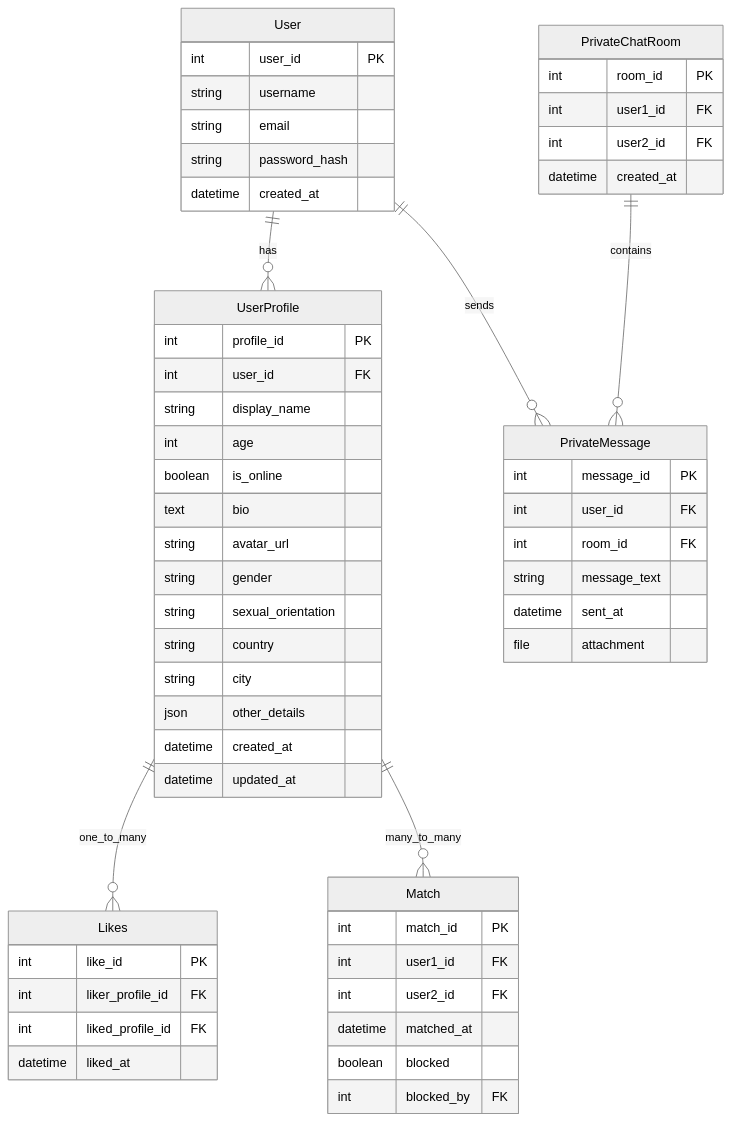
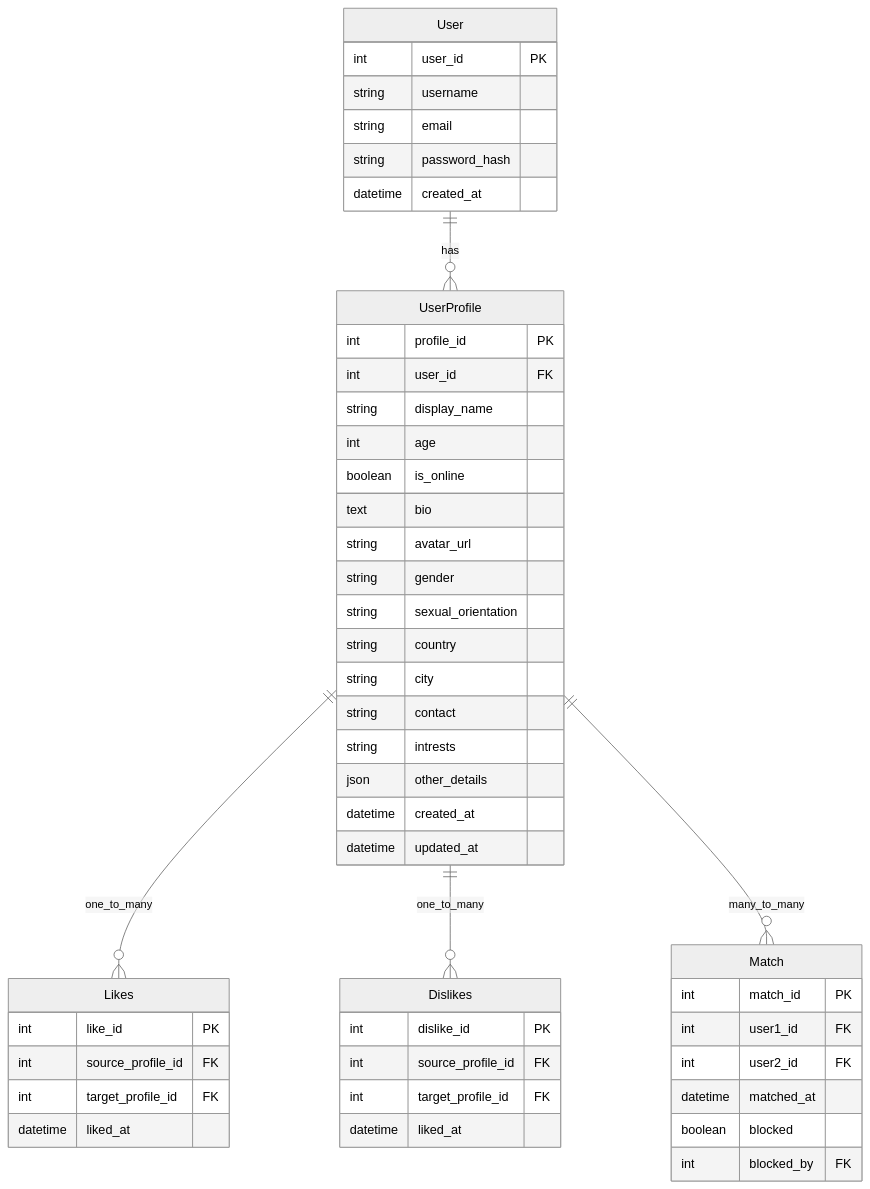
Before and after one commit to dimitri-edel/team-5: the diagram in README.md, drawn with Mermaid (neutral theme). The commit also changed other lines of this file and 49 other files, not shown here.

````diff
--- a/README.md
+++ b/README.md
@@ -60,62 +63,56 @@
 ```mermaid
 erDiagram
     User {
         int user_id PK
         string username
         string email
         string password_hash
         datetime created_at
     }
     UserProfile {
         int profile_id PK
         int user_id FK
         string display_name
         int age
         boolean is_online
         text bio
         string avatar_url
         string gender
         string sexual_orientation
         string country
         string city
+        string contact
+        string intrests
         json other_details
         datetime created_at
         datetime updated_at
     }
-    PrivateChatRoom {
-        int room_id PK
-        int user1_id FK
-        int user2_id FK
-        datetime created_at
-    }    
-    PrivateMessage {
-        int message_id PK
-        int user_id FK
-        int room_id FK
-        string message_text
-        datetime sent_at
-        file attachment 
-    }   
     Match {
         int match_id PK
         int user1_id FK
         int user2_id FK
         datetime matched_at
         boolean blocked
         int blocked_by FK
     }
     %% blocked_by: user_id of the user who initiated the block
     
     Likes {
         int like_id PK
-        int liker_profile_id FK
-        int liked_profile_id FK
+        int source_profile_id FK
+        int target_profile_id FK
+        datetime liked_at
+    }
+
+    Dislikes {
+        int dislike_id PK
+        int source_profile_id FK
+        int target_profile_id FK
         datetime liked_at
     }
 
     User ||--o{ UserProfile : has
-    User ||--o{ PrivateMessage : sends
-    PrivateChatRoom ||--o{ PrivateMessage : contains
     UserProfile ||--o{ Likes : one_to_many
-    UserProfile ||--o{ Match : many_to_many
+    UserProfile ||--o{ Dislikes : one_to_many
+    UserProfile ||--o{ Match : many_to_many   
 ```
````
